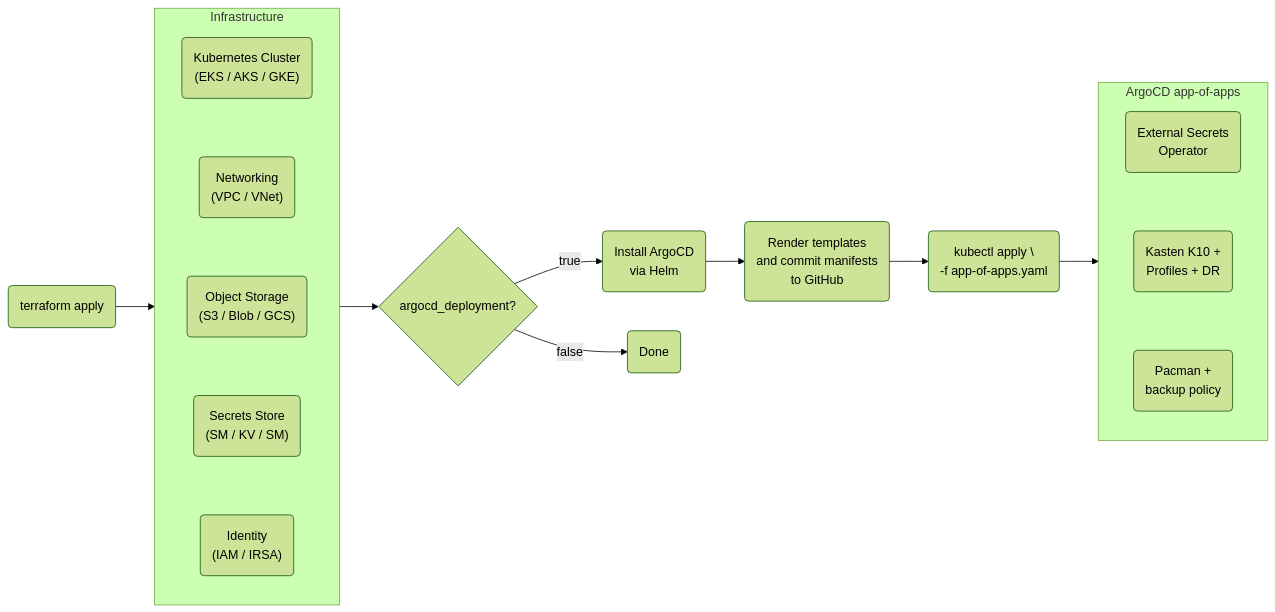
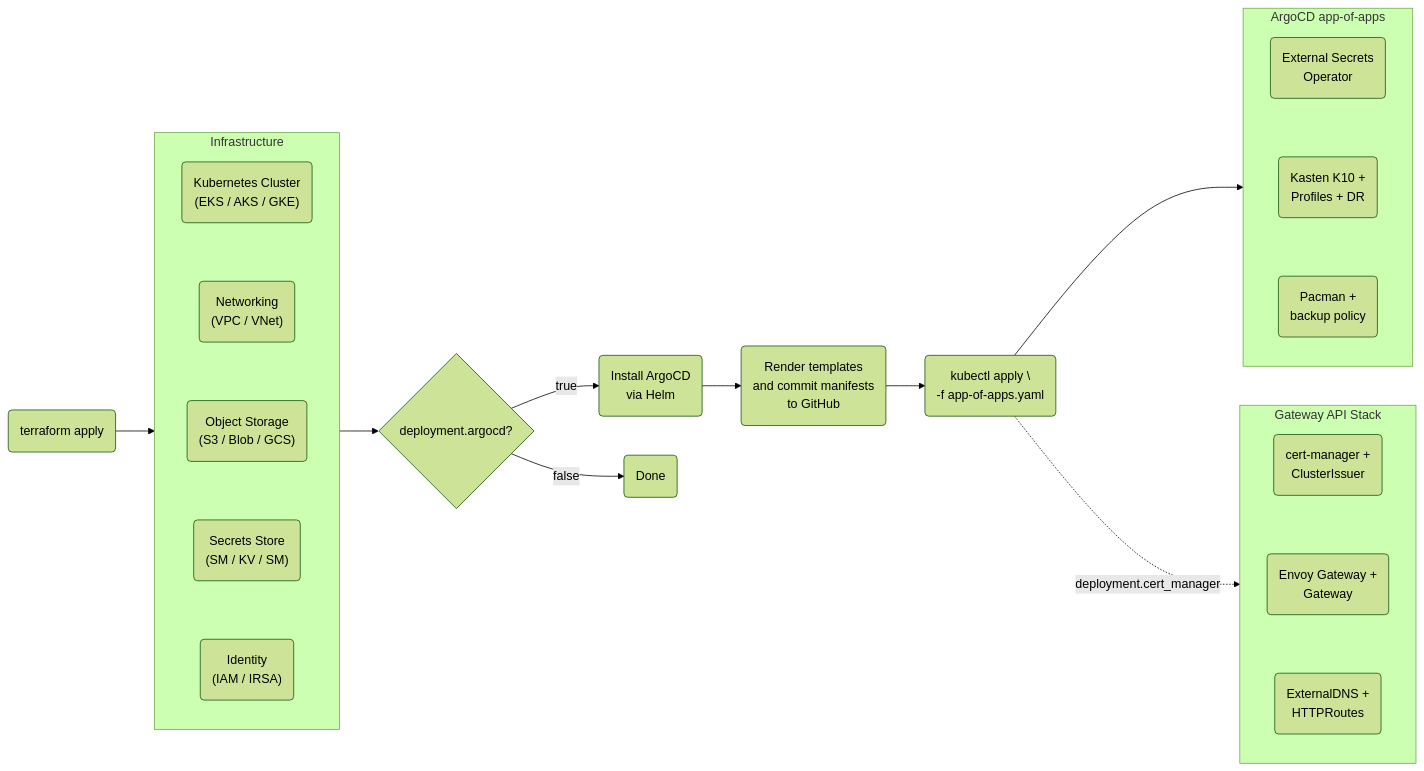
The diagram in README.md (slotkasten/kasten-automation), drawn with Mermaid (forest theme) before and after one commit. The commit also changed other lines of this file and 82 other files, not shown here.

Commit message:
cert-manager / Gateway API Support

````diff
--- a/README.md
+++ b/README.md
@@ -19,31 +22,40 @@
 ```mermaid
 flowchart LR
     A(terraform apply) --> B
 
     subgraph B["Infrastructure"]
         B1("Kubernetes Cluster
         (EKS / AKS / GKE)") ~~~ B2("Networking
         (VPC / VNet)") ~~~ B3("Object Storage
         (S3 / Blob / GCS)") ~~~ B4("Secrets Store
         (SM / KV / SM)") ~~~ B5("Identity
         (IAM / IRSA)")
     end
 
-    B --> C{argocd_deployment?}
+    B --> C{deployment.argocd?}
     C -- true --> E("Install ArgoCD
     via Helm")
     C -- false --> D(Done)
     E --> F("Render templates
     and commit manifests
     to GitHub")
     F --> G("kubectl apply \
     -f app-of-apps.yaml")
     G --> H
 
     subgraph H["ArgoCD app-of-apps"]
         H1("External Secrets
         Operator ") ~~~ H2("Kasten K10 +
         Profiles + DR") ~~~ H3("Pacman +
         backup policy")
     end
+
+    G -. "deployment.cert_manager" .-> I
+
+    subgraph I["Gateway API Stack"]
+        I1("cert-manager +
+        ClusterIssuer") ~~~ I2("Envoy Gateway +
+        Gateway") ~~~ I3("ExternalDNS +
+        HTTPRoutes")
+    end
 ```
````
